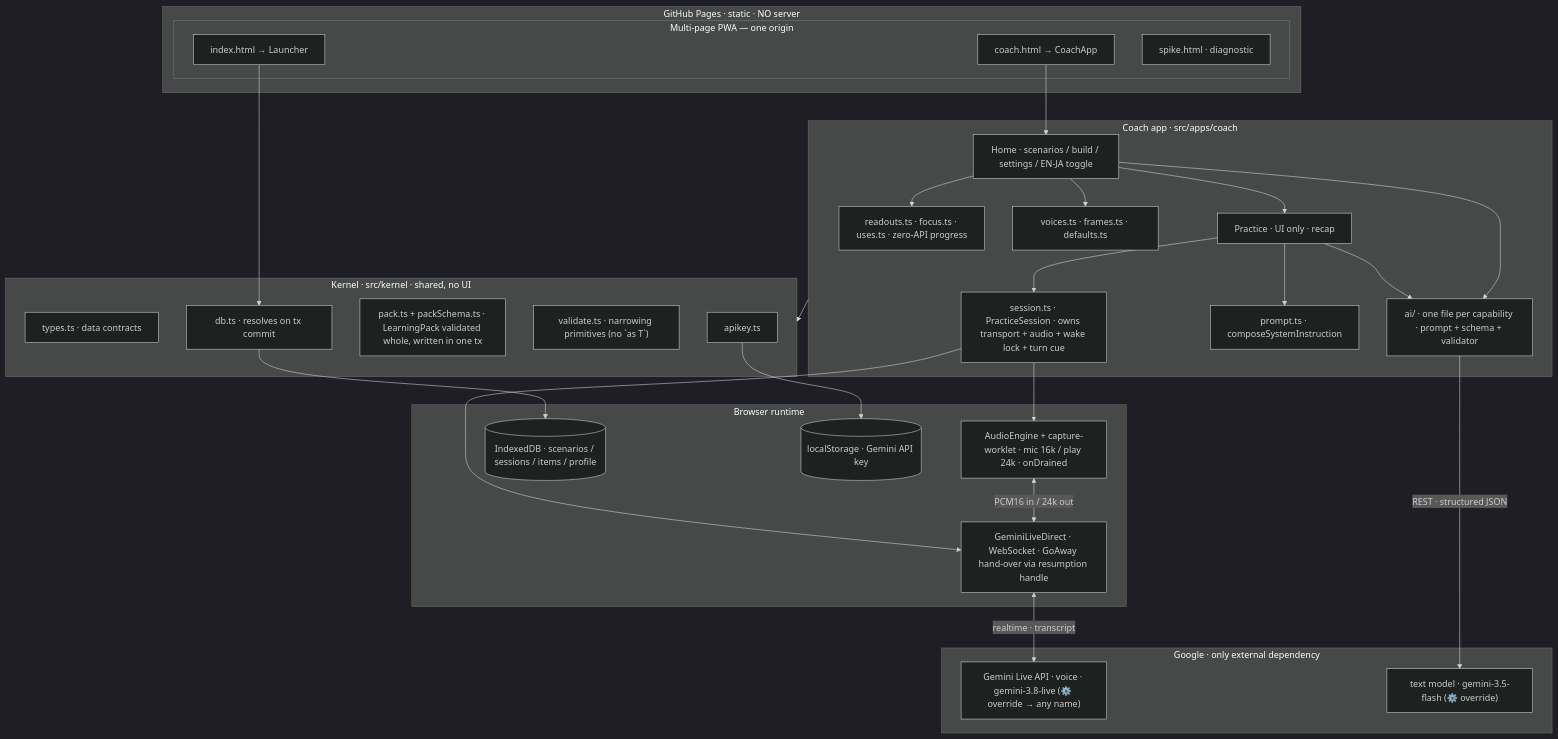
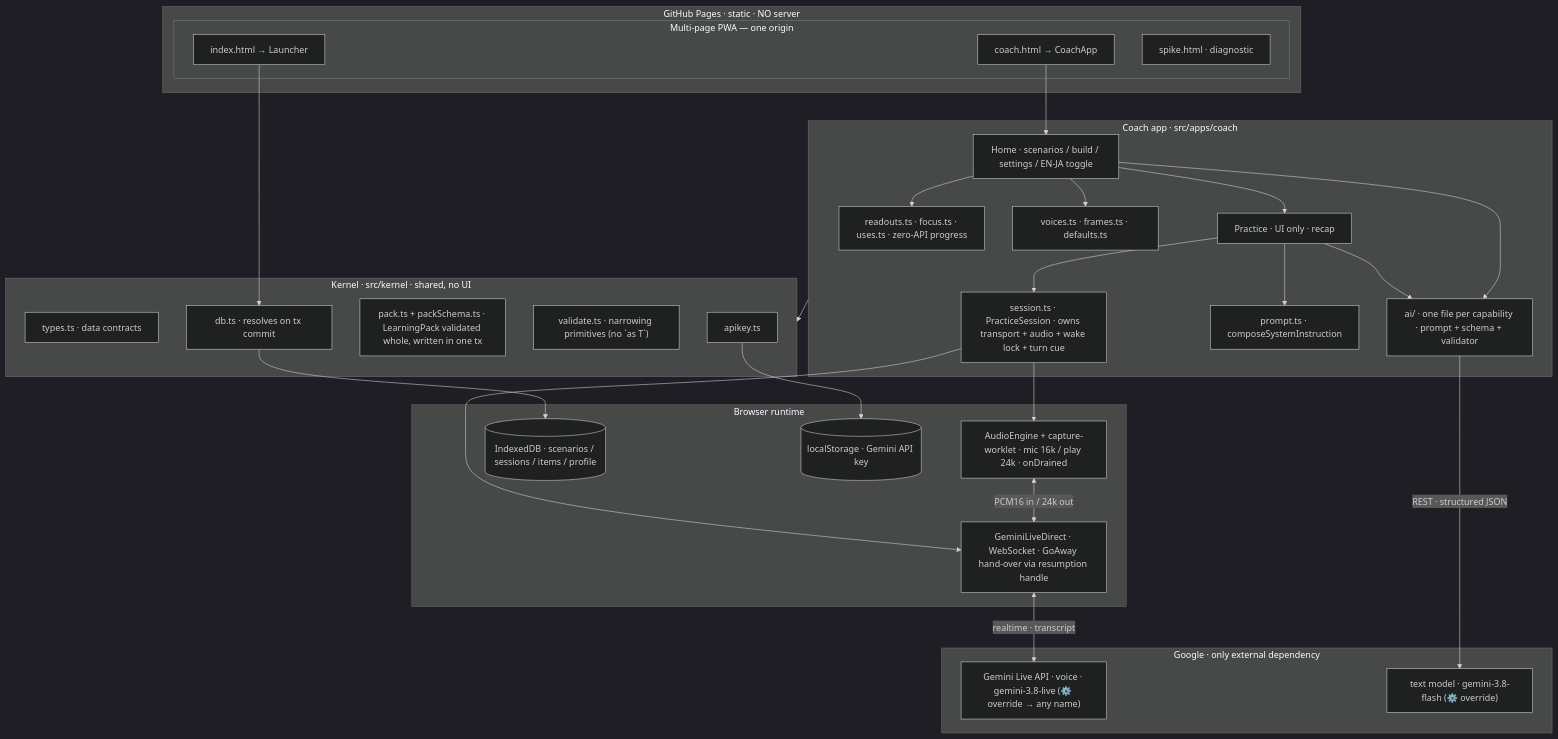
Before and after one commit to ZeroAlcoholic/eng-coach: the first of 3 diagrams in ARCHITECTURE.md, drawn with Mermaid (dark theme). The commit also changed other lines of this file and 7 other files, not shown here.

First line of the commit message:
chore(models, docs): adopt screening verdicts — gemini-3.8-flash, one judge sample

````diff
--- a/ARCHITECTURE.md
+++ b/ARCHITECTURE.md
@@ -9,52 +9,52 @@
 ```mermaid
 flowchart TB
   subgraph Host["GitHub Pages · static · NO server"]
     subgraph Pages["Multi-page PWA — one origin"]
       L["index.html → Launcher"]
       C["coach.html → CoachApp"]
       Sp["spike.html · diagnostic"]
     end
   end
 
   subgraph Coach["Coach app · src/apps/coach"]
     Home["Home · scenarios / build / settings / EN-JA toggle"]
     Practice["Practice · UI only · recap"]
     Session["session.ts · PracticeSession · owns transport + audio + wake lock + turn cue"]
     Prompt["prompt.ts · composeSystemInstruction"]
     AI["ai/ · one file per capability · prompt + schema + validator"]
     Readouts["readouts.ts · focus.ts · uses.ts · zero-API progress"]
     Content["voices.ts · frames.ts · defaults.ts"]
   end
 
   subgraph Kernel["Kernel · src/kernel · shared, no UI"]
     Types["types.ts · data contracts"]
     DB["db.ts · resolves on tx commit"]
     Pack["pack.ts + packSchema.ts · LearningPack validated whole, written in one tx"]
     Validate["validate.ts · narrowing primitives (no `as T`)"]
     Key["apikey.ts"]
   end
 
   subgraph Runtime["Browser runtime"]
     Audio["AudioEngine + capture-worklet · mic 16k / play 24k · onDrained"]
     Direct["GeminiLiveDirect · WebSocket · GoAway hand-over via resumption handle"]
     IDB[("IndexedDB · scenarios / sessions / items / profile")]
     LS[("localStorage · Gemini API key")]
   end
 
   subgraph Ext["Google · only external dependency"]
     Live["Gemini Live API · voice · gemini-3.8-live (⚙️ override → any name)"]
-    Flash["text model · gemini-3.5-flash (⚙️ override)"]
+    Flash["text model · gemini-3.8-flash (⚙️ override)"]
   end
 
   C --> Home --> Practice
   Practice --> Prompt & AI & Session
   Session --> Audio & Direct
   Home --> AI & Content & Readouts
   Coach --> Kernel
   DB --> IDB
   Key --> LS
   Audio <-->|"PCM16 in / 24k out"| Direct
   Direct <-->|"realtime · transcript"| Live
   AI -->|"REST · structured JSON"| Flash
   L --> DB
 ```
````
